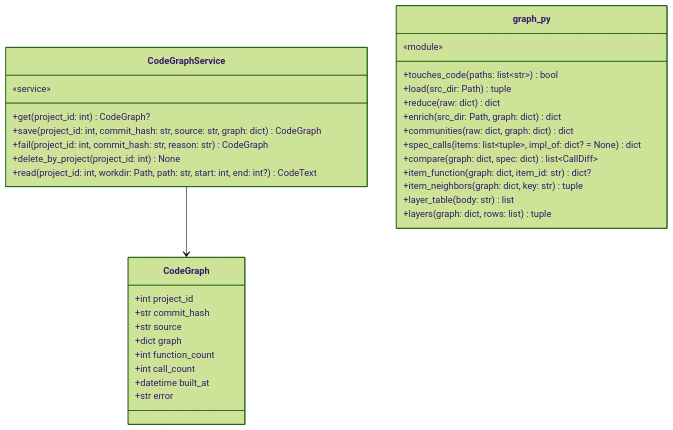
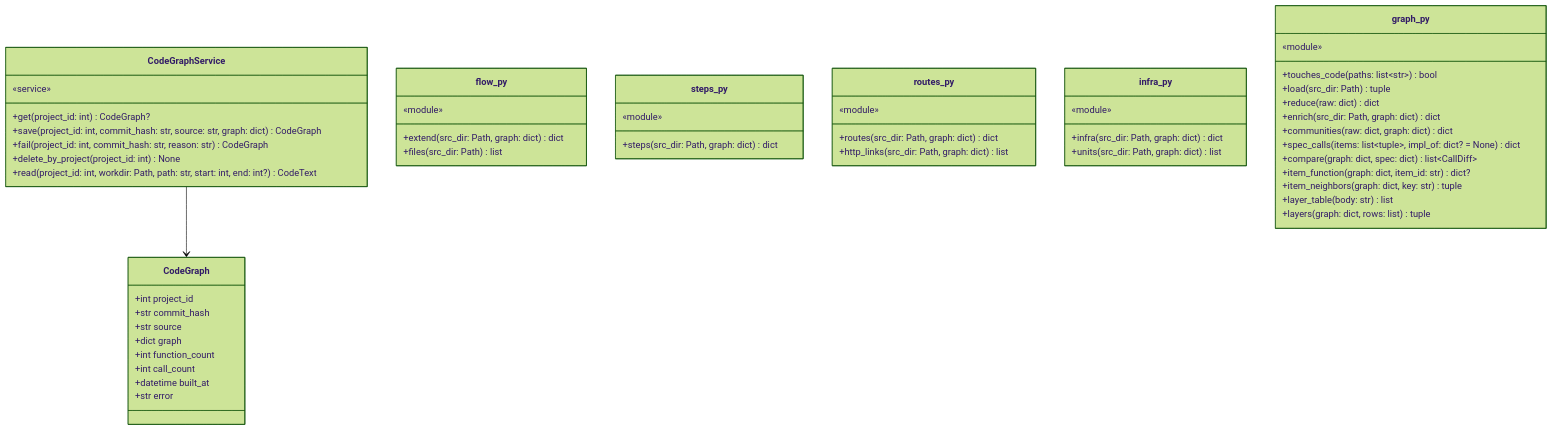
Diagram 23 of 24 in docs/specs/06-DOM/SYNC-DOM-002.md (HoyoungParkme/syncdoc), drawn with Mermaid (forest theme) before and after one commit. The commit also changed other lines of this file and 20 other files, not shown here.

````diff
--- a/docs/specs/06-DOM/SYNC-DOM-002.md
+++ b/docs/specs/06-DOM/SYNC-DOM-002.md
@@ -1293,36 +1356,55 @@
 ```mermaid
 classDiagram
     class CodeGraphService {
         «service»
         +get(project_id: int) CodeGraph?
         +save(project_id: int, commit_hash: str, source: str, graph: dict) CodeGraph
         +fail(project_id: int, commit_hash: str, reason: str) CodeGraph
         +delete_by_project(project_id: int) None
         +read(project_id: int, workdir: Path, path: str, start: int, end: int?) CodeText
+    }
+    class flow_py {
+        «module»
+        +extend(src_dir: Path, graph: dict) dict
+        +files(src_dir: Path) list
+    }
+    class steps_py {
+        «module»
+        +steps(src_dir: Path, graph: dict) dict
+    }
+    class routes_py {
+        «module»
+        +routes(src_dir: Path, graph: dict) dict
+        +http_links(src_dir: Path, graph: dict) list
+    }
+    class infra_py {
+        «module»
+        +infra(src_dir: Path, graph: dict) dict
+        +units(src_dir: Path, graph: dict) list
     }
     class graph_py {
         «module»
         +touches_code(paths: list~str~) bool
         +load(src_dir: Path) tuple
         +reduce(raw: dict) dict
         +enrich(src_dir: Path, graph: dict) dict
         +communities(raw: dict, graph: dict) dict
         +spec_calls(items: list~tuple~, impl_of: dict? = None) dict
         +compare(graph: dict, spec: dict) list~CallDiff~
         +item_function(graph: dict, item_id: str) dict?
         +item_neighbors(graph: dict, key: str) tuple
         +layer_table(body: str) list
         +layers(graph: dict, rows: list) tuple
     }
     class CodeGraph {
         +int project_id
         +str commit_hash
         +str source
         +dict graph
         +int function_count
         +int call_count
         +datetime built_at
         +str error
     }
     CodeGraphService --> CodeGraph
 ```
````
